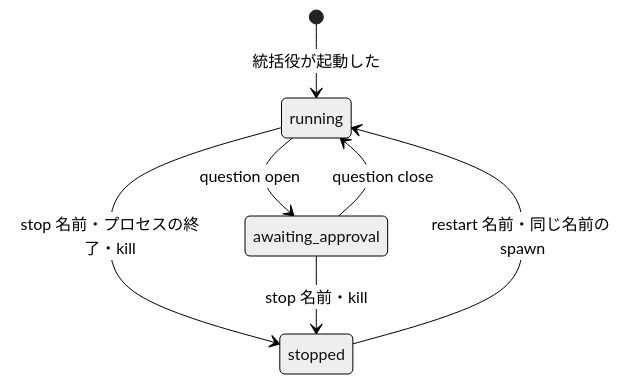
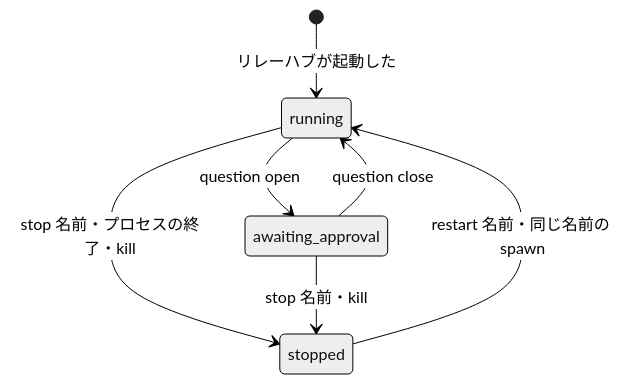
Before and after one commit to devbasex/ai-plugins: the third of 3 diagrams in docs/specifications/ndf-relay-multi-session-supervisor.md, drawn with Mermaid (neutral theme). The commit also changed other lines of this file and 24 other files, not shown here.

````diff
--- a/docs/specifications/ndf-relay-multi-session-supervisor.md
+++ b/docs/specifications/ndf-relay-multi-session-supervisor.md
@@ -199,9 +199,9 @@
 ```mermaid
 stateDiagram-v2
-    [*] --> running: 統括役が起動した
+    [*] --> running: リレーハブが起動した
     running --> awaiting_approval: question open
     awaiting_approval --> running: question close
     running --> stopped: stop 名前・プロセスの終了・kill
     awaiting_approval --> stopped: stop 名前・kill
     stopped --> running: restart 名前・同じ名前の spawn
 ```
````
